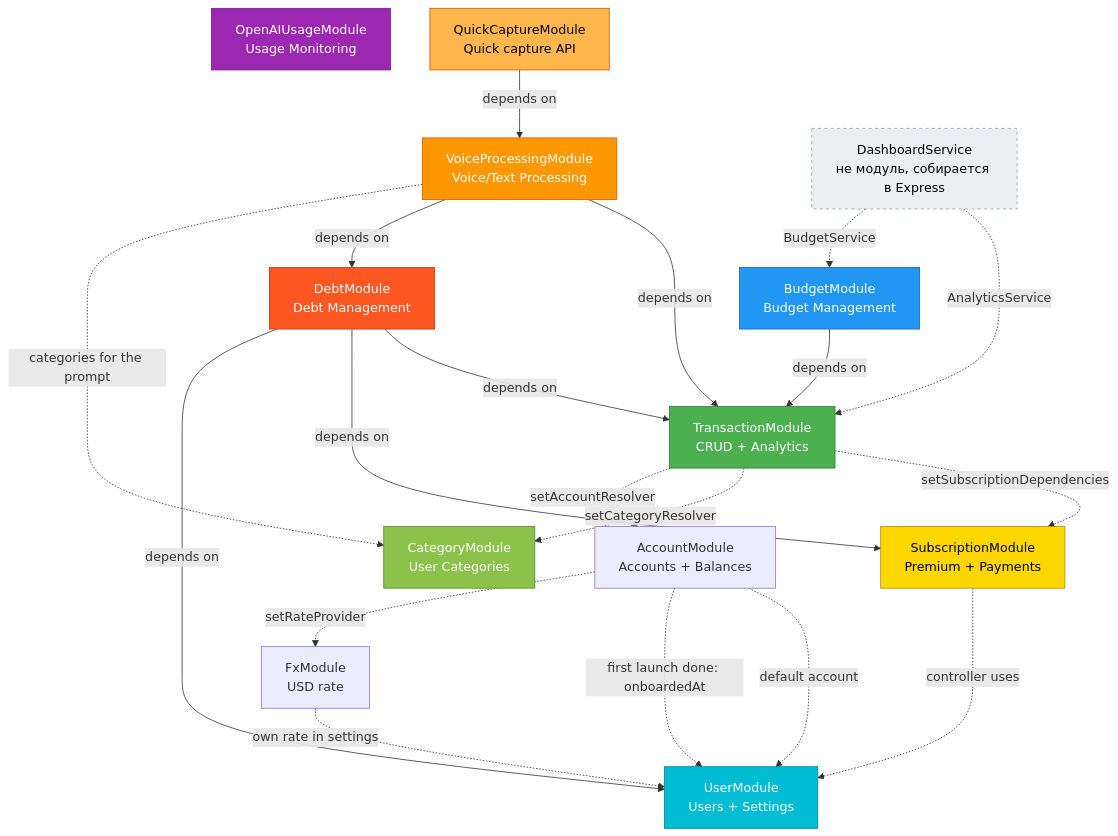
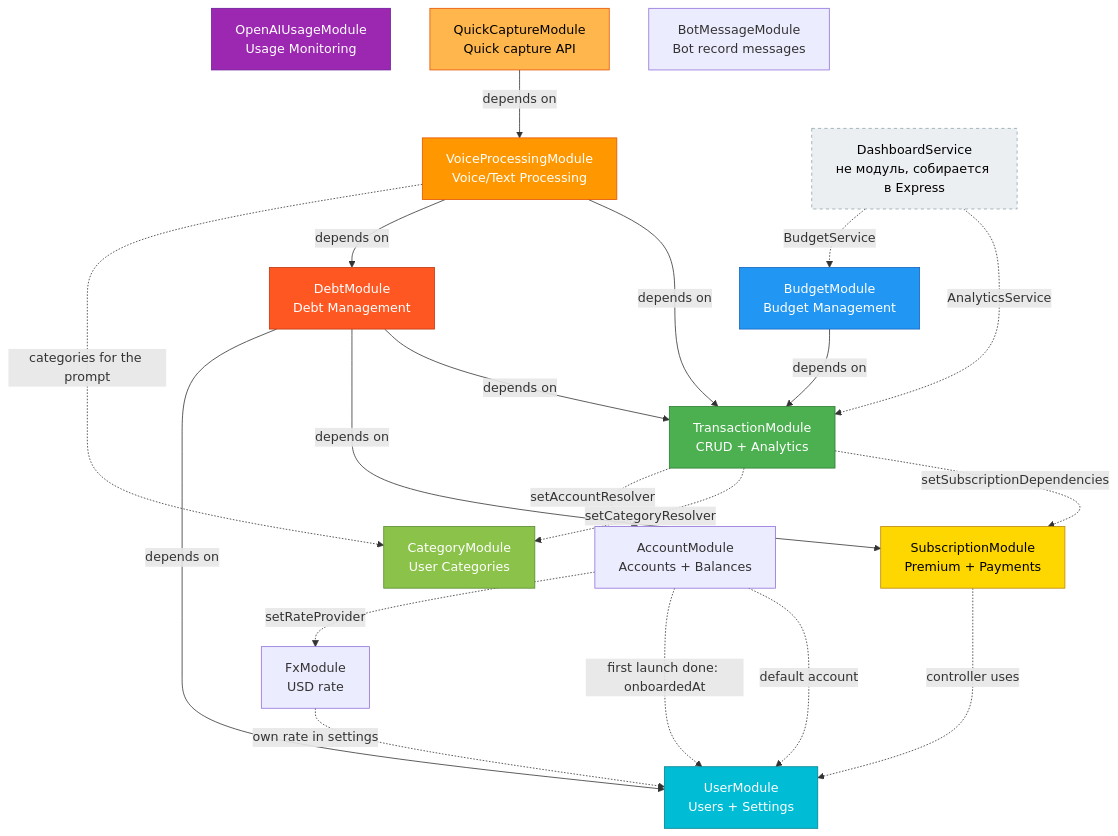
One commit to chollak/finance-tracker-backend changed the diagram in docs/knowledge-base/01-architecture/modules.md. Above: the diagram before and after it, drawn with Mermaid. The commit also changed other lines of this file and 44 other files, not shown here.

First line of the commit message:
feat(bot): record confirmations, field edits and undo (FT-122)

````diff
--- a/docs/knowledge-base/01-architecture/modules.md
+++ b/docs/knowledge-base/01-architecture/modules.md
@@ -9,45 +9,46 @@
 ```mermaid
 graph TD
     TM[TransactionModule<br/>CRUD + Analytics]
     BM[BudgetModule<br/>Budget Management]
     DeM[DebtModule<br/>Debt Management]
     VM[VoiceProcessingModule<br/>Voice/Text Processing]
     OM[OpenAIUsageModule<br/>Usage Monitoring]
     SM[SubscriptionModule<br/>Premium + Payments]
     UM[UserModule<br/>Users + Settings]
     CM[CategoryModule<br/>User Categories]
     AM[AccountModule<br/>Accounts + Balances]
     FM[FxModule<br/>USD rate]
     QM[QuickCaptureModule<br/>Quick capture API]
+    BMM[BotMessageModule<br/>Bot record messages]
     DS[DashboardService<br/>не модуль, собирается в Express]
 
     BM -->|depends on| TM
     DeM -->|depends on| TM
     DeM -->|depends on| SM
     DeM -->|depends on| UM
     VM -->|depends on| TM
     VM -->|depends on| DeM
     TM -.->|setSubscriptionDependencies| SM
     TM -.->|setCategoryResolver| CM
     TM -.->|setAccountResolver| AM
     AM -.->|default account| UM
     AM -.->|first launch done: onboardedAt| UM
     AM -.->|setRateProvider| FM
     FM -.->|own rate in settings| UM
     VM -.->|categories for the prompt| CM
     QM -->|depends on| VM
     SM -.->|controller uses| UM
     DS -.->|AnalyticsService| TM
     DS -.->|BudgetService| BM
 
     style TM fill:#4CAF50,stroke:#2E7D32,color:#fff
     style BM fill:#2196F3,stroke:#1565C0,color:#fff
     style DeM fill:#FF5722,stroke:#BF360C,color:#fff
     style VM fill:#FF9800,stroke:#E65100,color:#fff
     style OM fill:#9C27B0,stroke:#6A1B9A,color:#fff
     style SM fill:#FFD700,stroke:#B8860B,color:#000
     style UM fill:#00BCD4,stroke:#00838F,color:#fff
     style CM fill:#8BC34A,stroke:#558B2F,color:#fff
     style QM fill:#FFB74D,stroke:#E65100,color:#000
     style DS fill:#ECEFF1,stroke:#90A4AE,color:#000,stroke-dasharray: 4 4
 ```
````
